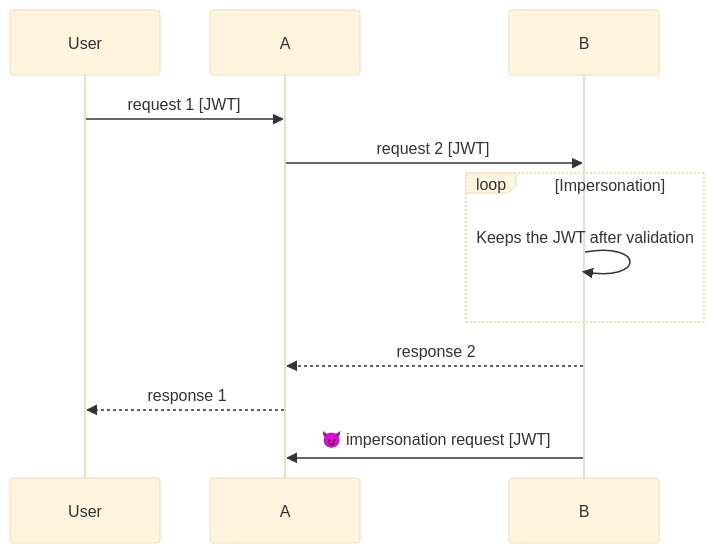
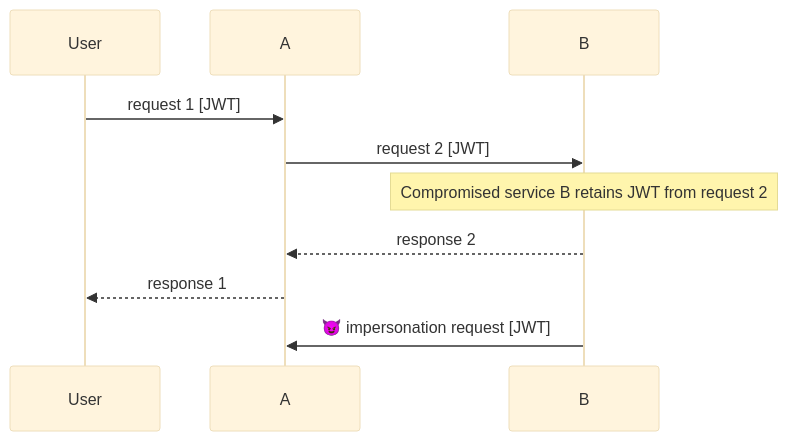
The diagram in static/img/microservices-jwt.mmd (biscuit-auth/website), drawn with Mermaid (base theme) before and after one commit. The commit also changed 2 other files, not shown here.

Commit message:
update diagrams

```diff
--- a/static/img/microservices-jwt.mmd
+++ b/static/img/microservices-jwt.mmd
@@ -1,12 +1,10 @@
 sequenceDiagram
     participant User
     participant A
     participant B
     User->>A: request 1 [JWT]
     A->>B: request 2 [JWT]
-    loop Impersonation
-        B->>B: Keeps the JWT after validation
-    end
+    Note over B: Compromised service B retains JWT from request 2
     B-->>A: response 2
     A-->>User: response 1
     B->>A: 😈 impersonation request [JWT]
```
